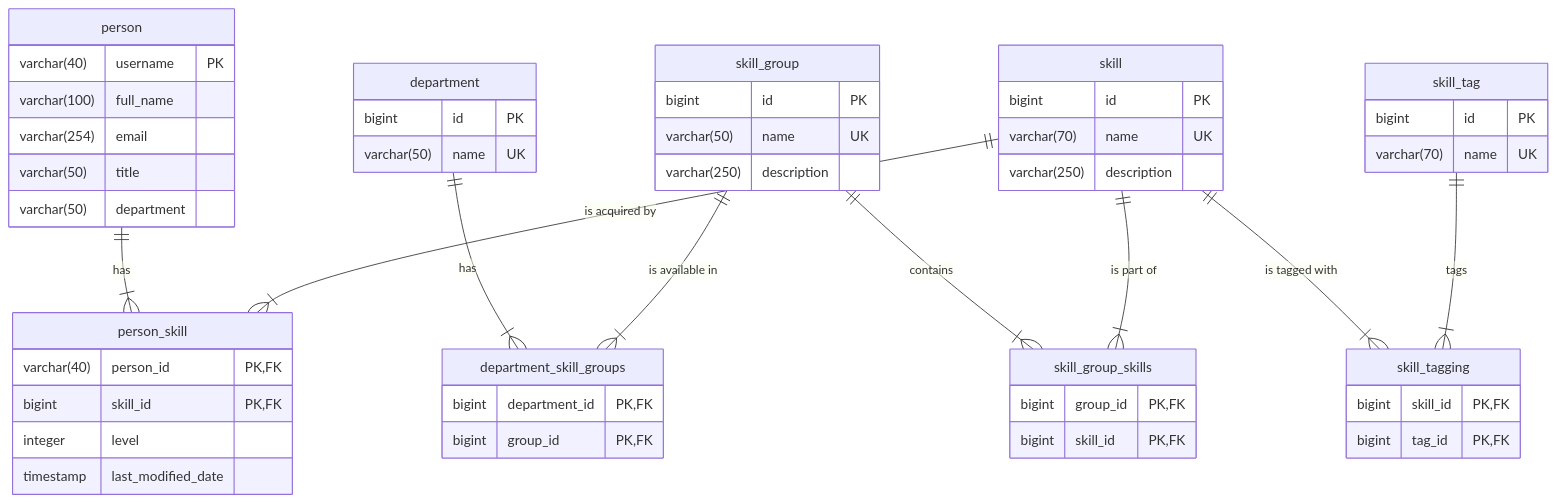
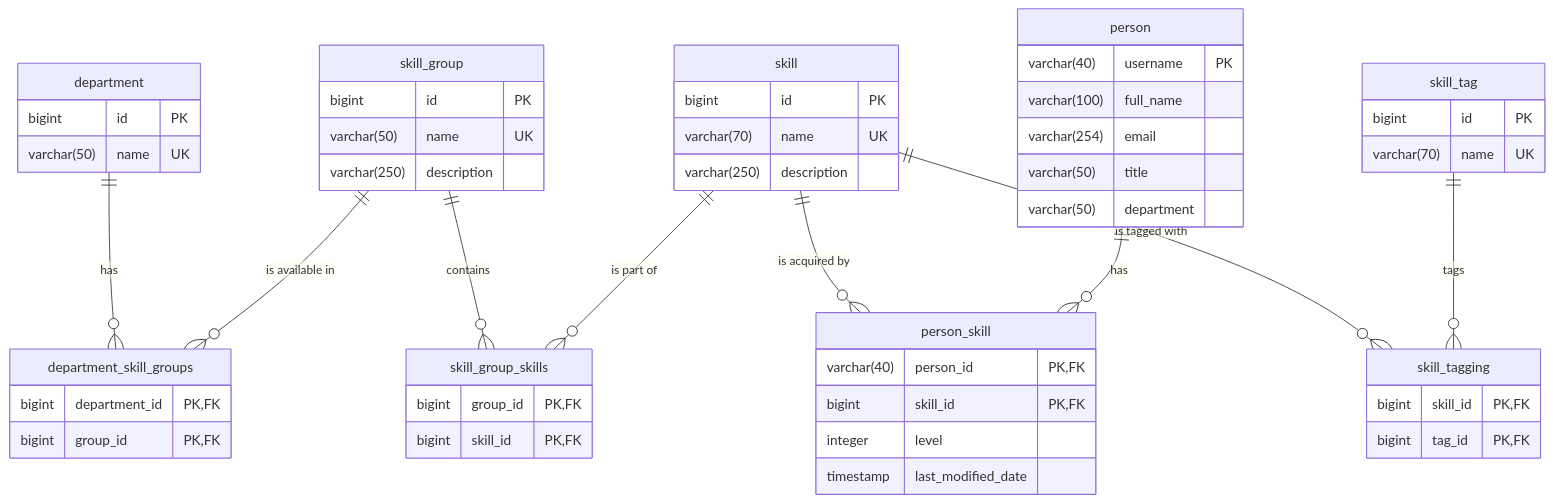
The diagram in documentation/tables.mmd (eloyAM/skillia), drawn with Mermaid before and after one commit. The commit also changed 7 other files, not shown here.

Commit message:
Doc - update and add diagrams

```diff
--- a/documentation/tables.mmd
+++ b/documentation/tables.mmd
@@ -1,61 +1,72 @@
 erDiagram
+%%    direction LR
     person {
         varchar(40) username PK
         varchar(100) full_name
         varchar(254) email
         varchar(50) title
         varchar(50) department
     }
 
     department {
         bigint id PK
         varchar(50) name UK
     }
 
     skill_group {
         bigint id PK
         varchar(50) name UK
         varchar(250) description
     }
 
     skill {
         bigint id PK
         varchar(70) name UK
         varchar(250) description
     }
 
     skill_tag {
         bigint id PK
         varchar(70) name UK
     }
 
     person_skill {
         varchar(40) person_id PK, FK
         bigint skill_id PK, FK
         integer level
         timestamp last_modified_date
     }
 
     skill_tagging {
         bigint skill_id PK, FK
         bigint tag_id PK, FK
     }
 
     skill_group_skills {
         bigint group_id PK, FK
         bigint skill_id PK, FK
     }
 
     department_skill_groups {
         bigint department_id PK, FK
         bigint group_id PK, FK
     }
 
-    person ||--|{ person_skill: "has"
-    skill ||--|{ person_skill: "is acquired by"
-    skill ||--|{ skill_tagging: "is tagged with"
-    skill_tag ||--|{ skill_tagging: "tags"
-    skill_group ||--|{ skill_group_skills: "contains"
-    skill ||--|{ skill_group_skills: "is part of"
-    department ||--|{ department_skill_groups: "has"
-    skill_group ||--|{ department_skill_groups: "is available in"
+    department ||--o{ department_skill_groups: "has"
+    skill_group ||--o{ department_skill_groups: "is available in"
+    skill_group ||--o{ skill_group_skills: "contains"
+    skill ||--o{ person_skill: "is acquired by"
+    person ||--o{ person_skill: "has"
+    skill ||--o{ skill_group_skills: "is part of"
+    skill ||--o{ skill_tagging: "is tagged with"
+    skill_tag ||--o{ skill_tagging: "tags"
+
+%% Alternative for TB/LR direction
+%% skill||--o{skill_group_skills:"is part of"
+%% person||--o{person_skill:"has"
+%% skill||--o{skill_tagging:"is tagged with"
+%% skill_tag||--o{skill_tagging:"tags"
+%% skill||--o{person_skill:"is acquired by"
+%% skill_group||--o{skill_group_skills:"contains"
+%% skill_group||--o{department_skill_groups:"is available in"
+%% department||--o{department_skill_groups:"has"
```
